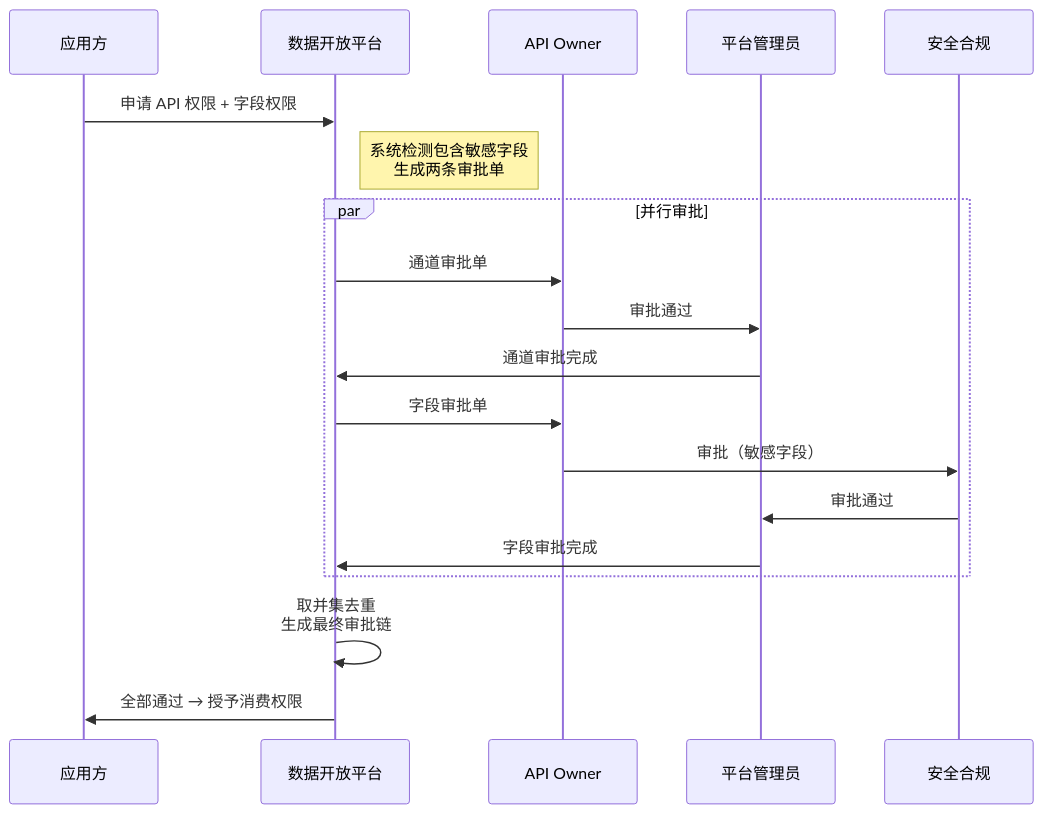
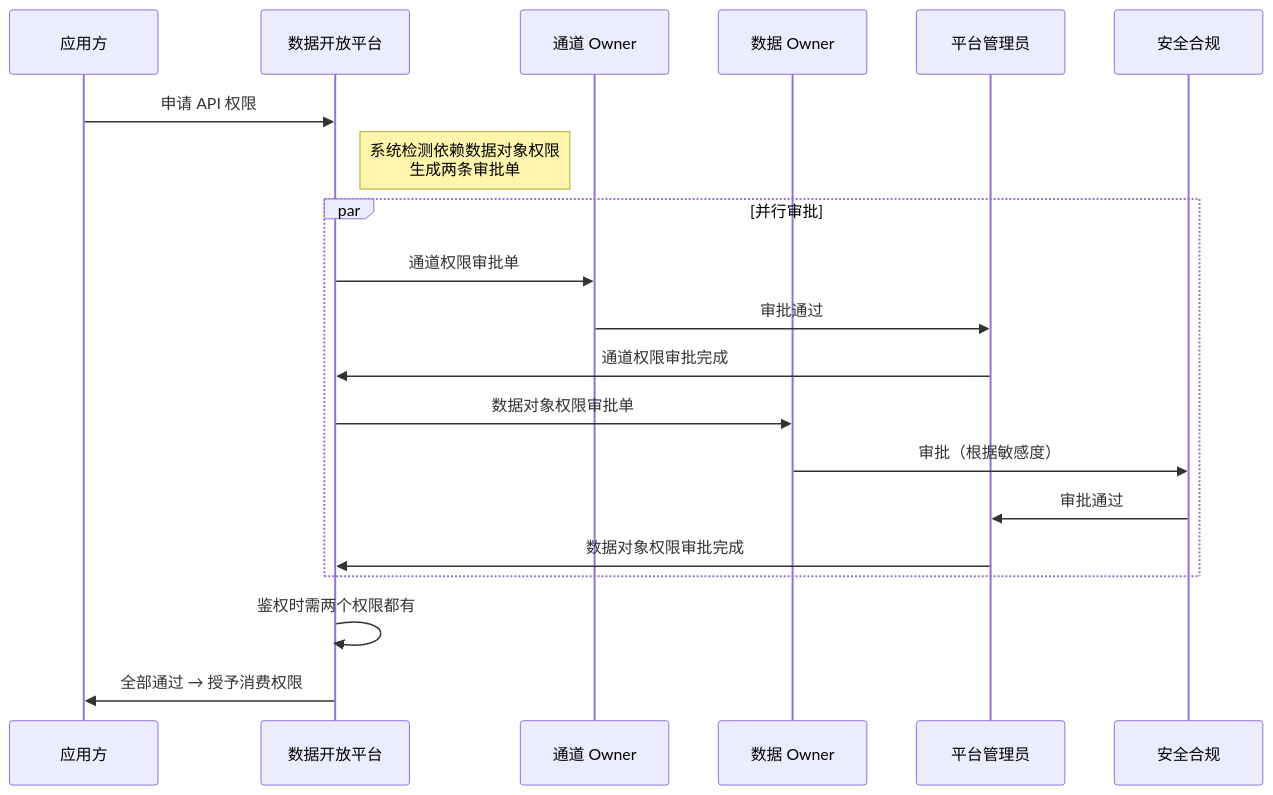
One commit to THZSummer/Product changed diagram 13 of 13 in open-app/.sdd/specs-tree-root/specs-tree-data-open-platform/discovery-report.md. Above: the diagram before and after it, drawn with Mermaid. The commit also changed other lines of this file and 2 other files, not shown here.

````diff
--- a/open-app/.sdd/specs-tree-root/specs-tree-data-open-platform/discovery-report.md
+++ b/open-app/.sdd/specs-tree-root/specs-tree-data-open-platform/discovery-report.md
@@ -782,25 +794,26 @@
 ```mermaid
 sequenceDiagram
     participant App as 应用方
     participant Platform as 数据开放平台
-    participant AOwner as API Owner
+    participant COwner as 通道 Owner
+    participant DOwner as 数据 Owner
     participant Admin as 平台管理员
     participant Security as 安全合规
     
-    App->>Platform: 申请 API 权限 + 字段权限
-    note right of Platform: 系统检测包含敏感字段<br/>生成两条审批单
+    App->>Platform: 申请 API 权限
+    note right of Platform: 系统检测依赖数据对象权限<br/>生成两条审批单
     
     par 并行审批
-        Platform->>AOwner: 通道审批单
-        AOwner->>Admin: 审批通过
-        Admin->>Platform: 通道审批完成
+        Platform->>COwner: 通道权限审批单
+        COwner->>Admin: 审批通过
+        Admin->>Platform: 通道权限审批完成
         
-        Platform->>AOwner: 字段审批单
-        AOwner->>Security: 审批（敏感字段）
+        Platform->>DOwner: 数据对象权限审批单
+        DOwner->>Security: 审批（根据敏感度）
         Security->>Admin: 审批通过
-        Admin->>Platform: 字段审批完成
+        Admin->>Platform: 数据对象权限审批完成
     end
     
-    Platform->>Platform: 取并集去重<br/>生成最终审批链
+    Platform->>Platform: 鉴权时需两个权限都有
     Platform->>App: 全部通过 → 授予消费权限
 ```
````
